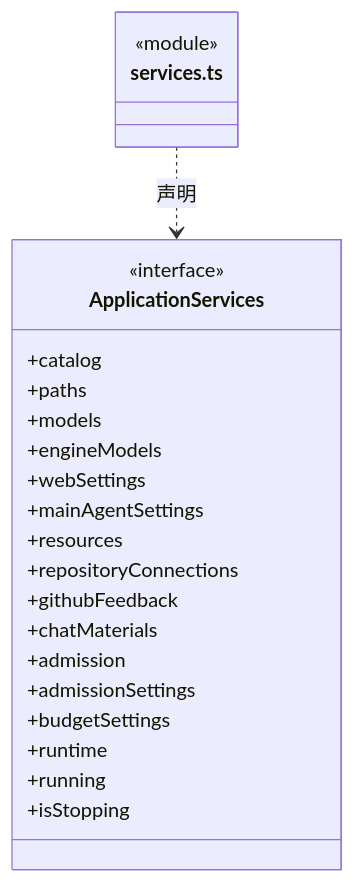
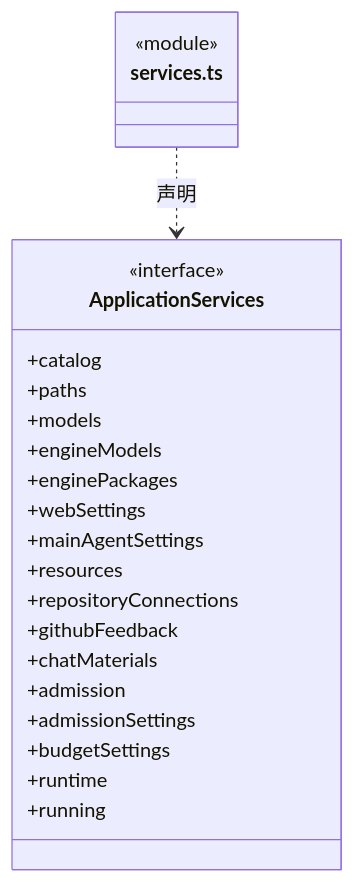
Before and after one commit to nan023062/cbim: diagram 12 of 22 in src/bridge/server/ipc/ARCHITECTURE.md, drawn with Mermaid. The commit also changed other lines of this file and 27 other files, not shown here.

````diff
--- a/src/bridge/server/ipc/ARCHITECTURE.md
+++ b/src/bridge/server/ipc/ARCHITECTURE.md
@@ -173,26 +173,26 @@
 ```mermaid
 classDiagram
 class N_src_bridge_server_ipc_services_ts["services.ts"] {
   <<module>>
 }
 class N_src_bridge_server_ipc_services_ts_ApplicationServices["ApplicationServices"] {
   <<interface>>
   +catalog
   +paths
   +models
   +engineModels
+  +enginePackages
   +webSettings
   +mainAgentSettings
   +resources
   +repositoryConnections
   +githubFeedback
   +chatMaterials
   +admission
   +admissionSettings
   +budgetSettings
   +runtime
   +running
-  +isStopping
 }
 N_src_bridge_server_ipc_services_ts ..> N_src_bridge_server_ipc_services_ts_ApplicationServices : 声明
 ```
````
